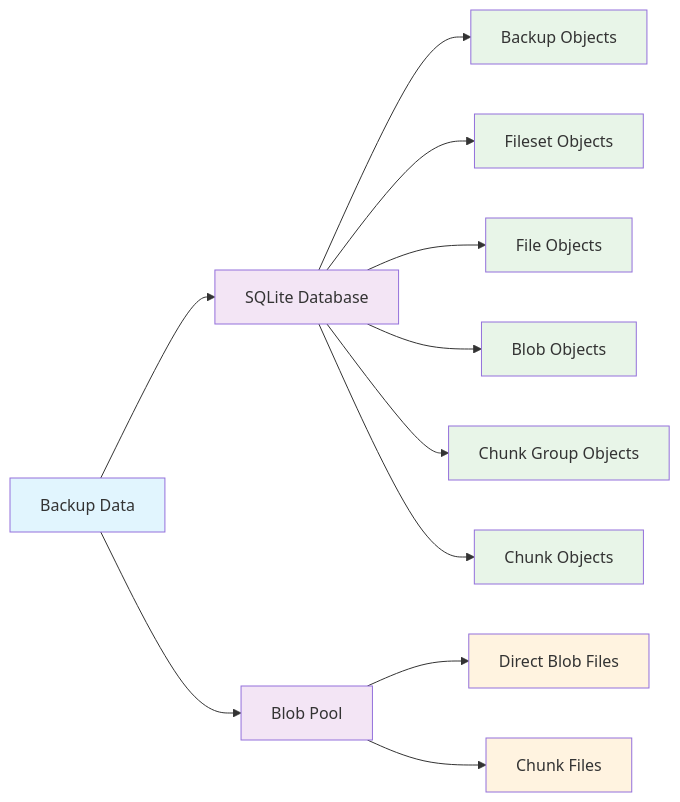
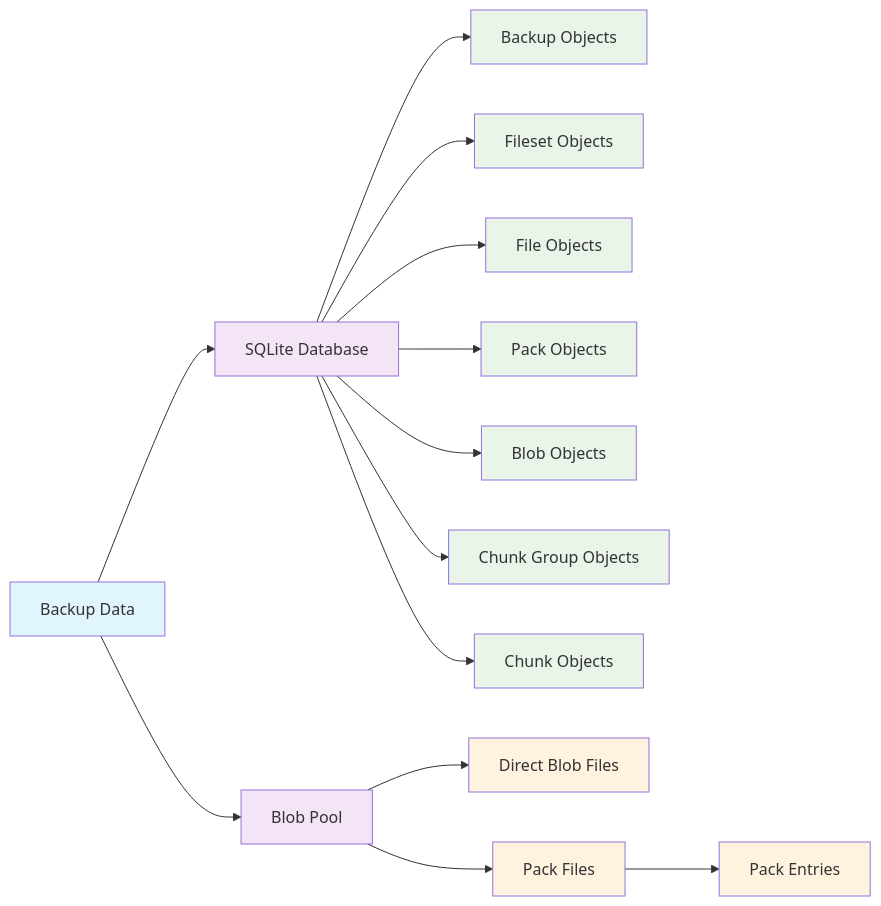
Before and after one commit to TISUnion/PrimeBackup: the second of 2 diagrams in docs/concept/storage_structure.md, drawn with Mermaid. The commit also changed other lines of this file and 52 other files, not shown here.

````diff
--- a/docs/concept/storage_structure.md
+++ b/docs/concept/storage_structure.md
@@ -104,27 +113,31 @@
 ```mermaid
 graph LR
     A[Backup Data] --> DB[SQLite Database]
     A --> blob_pool[Blob Pool]
 
     DB --> backup[Backup Objects]
     DB --> fileset[Fileset Objects]
     DB --> file[File Objects]
+    DB --> pack[Pack Objects]
     DB --> blob[Blob Objects]
     DB --> chunk_group[Chunk Group Objects]
     DB --> chunk[Chunk Objects]
 
     blob_pool --> blob_storage[Direct Blob Files]
-    blob_pool --> chunk_storage[Chunk Files]
+    blob_pool --> pack_storage[Pack Files]
+    pack_storage --> pack_entry[Pack Entries]
 
     style A fill:#e1f5fe
     style DB fill:#f3e5f5
     style blob_pool fill:#f3e5f5
     style backup fill:#e8f5e8
     style fileset fill:#e8f5e8
     style file fill:#e8f5e8
+    style pack fill:#e8f5e8
     style blob fill:#e8f5e8
     style chunk_group fill:#e8f5e8
     style chunk fill:#e8f5e8
     style blob_storage fill:#fff3e0
-    style chunk_storage fill:#fff3e0
+    style pack_storage fill:#fff3e0
+    style pack_entry fill:#fff3e0
 ```
````
